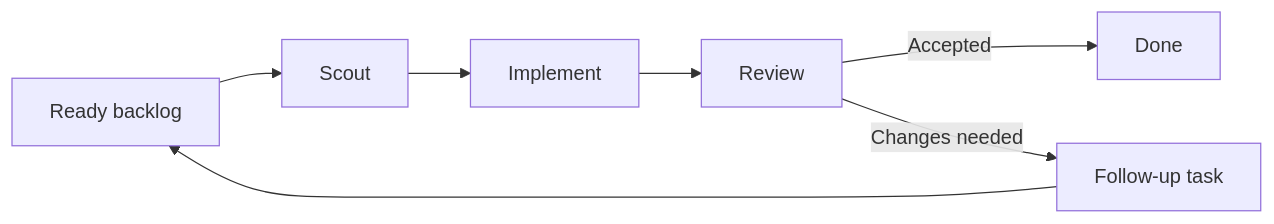
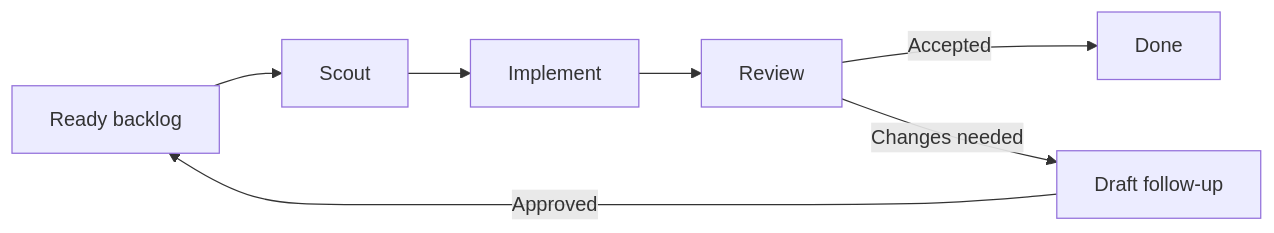
One commit to devos-ing/Roc changed the diagram in README.md. Above: the diagram before and after it, drawn with Mermaid. The commit also changed other lines of this file and 3 other files, not shown here.

````diff
--- a/README.md
+++ b/README.md
@@ -86,9 +86,9 @@
 ```mermaid
 flowchart LR
     B[Ready backlog] --> S[Scout]
     S --> I[Implement]
     I --> R[Review]
     R -->|Accepted| D[Done]
-    R -->|Changes needed| F[Follow-up task]
-    F --> B
+    R -->|Changes needed| F[Draft follow-up]
+    F -->|Approved| B[Ready backlog]
 ```
````
